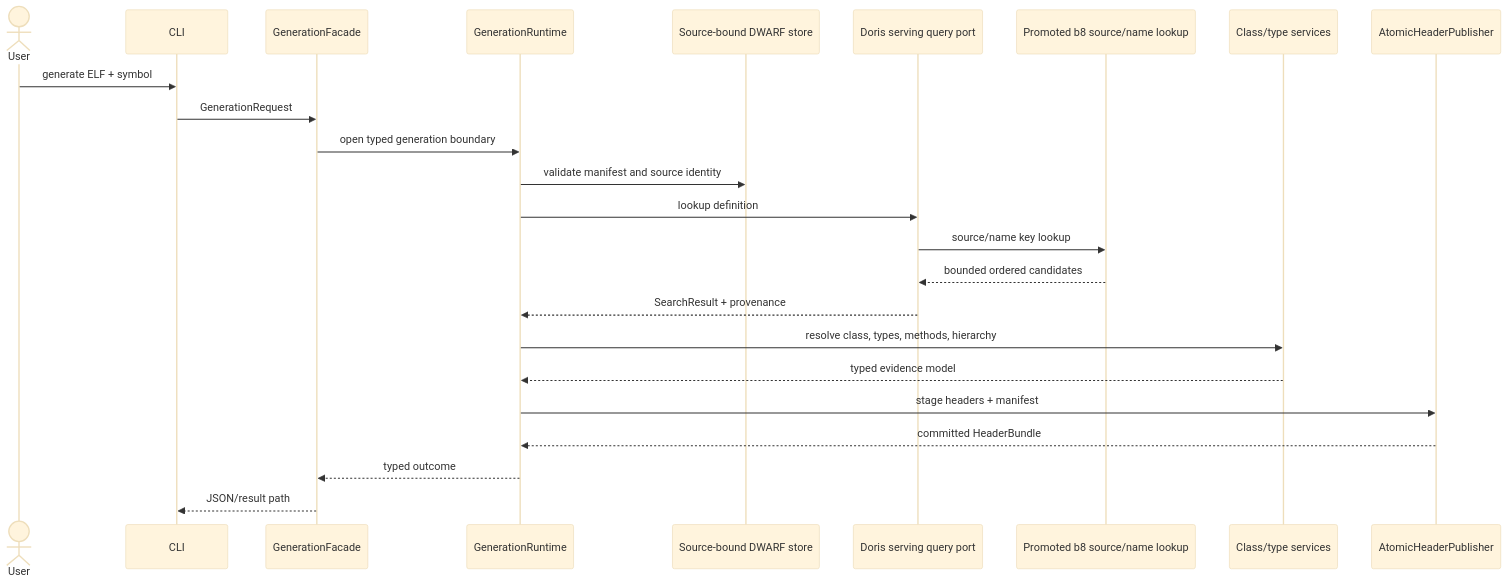
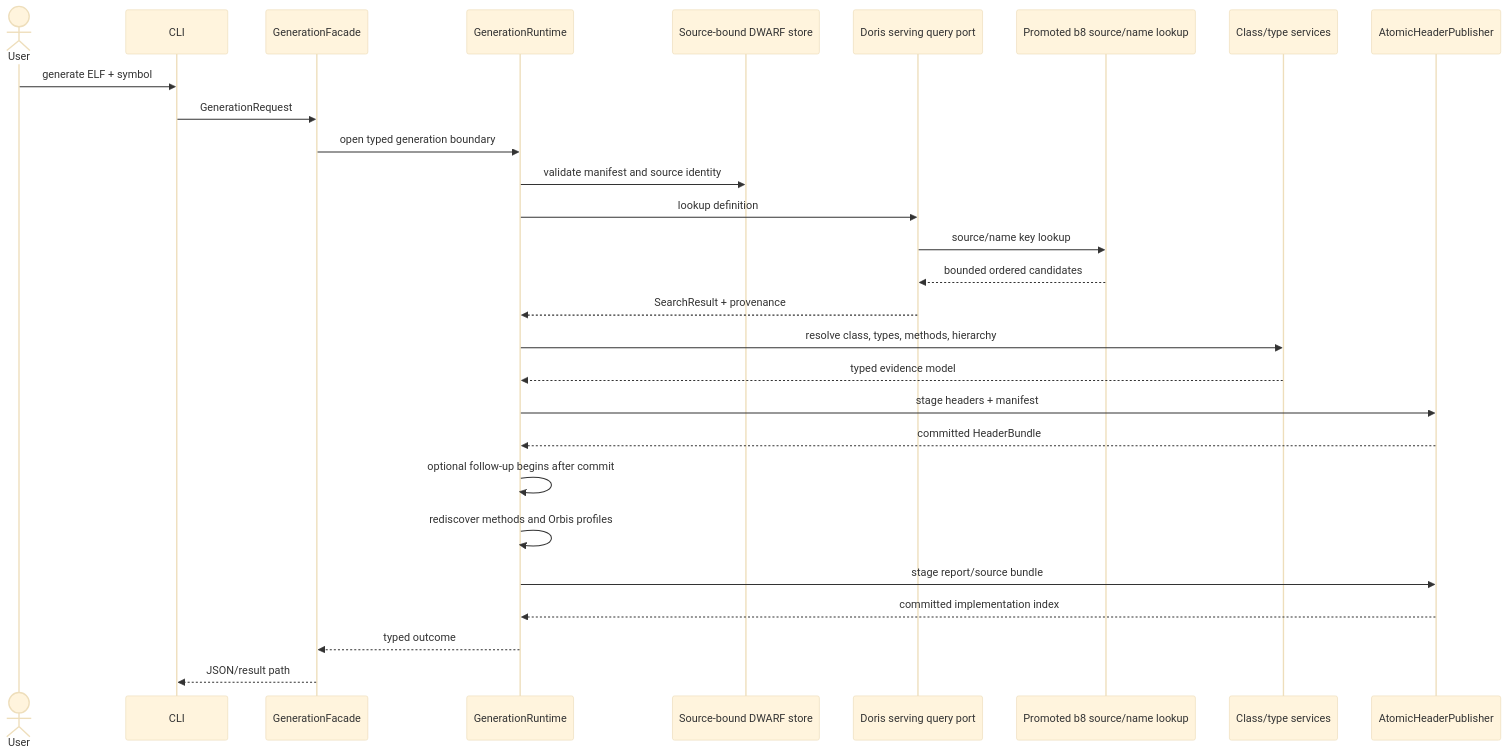
One commit to ddon-research/ddon-dwarf-reconstructor changed the first of 4 diagrams in docs/explanation/architecture/runtime.md. Above: the diagram before and after it, drawn with Mermaid (base theme). The commit also changed other lines of this file and 189 other files, not shown here.

````diff
--- a/docs/explanation/architecture/runtime.md
+++ b/docs/explanation/architecture/runtime.md
@@ -5,27 +5,31 @@
 ```mermaid
 sequenceDiagram
     actor User
     participant CLI
     participant Facade as GenerationFacade
     participant Runtime as GenerationRuntime
     participant Store as Source-bound DWARF store
     participant Index as Doris serving query port
     participant Lookup as Promoted b8 source/name lookup
     participant Parser as Class/type services
     participant Publisher as AtomicHeaderPublisher
 
     User->>CLI: generate ELF + symbol
     CLI->>Facade: GenerationRequest
     Facade->>Runtime: open typed generation boundary
     Runtime->>Store: validate manifest and source identity
     Runtime->>Index: lookup definition
     Index->>Lookup: source/name key lookup
     Lookup-->>Index: bounded ordered candidates
     Index-->>Runtime: SearchResult + provenance
     Runtime->>Parser: resolve class, types, methods, hierarchy
     Parser-->>Runtime: typed evidence model
     Runtime->>Publisher: stage headers + manifest
     Publisher-->>Runtime: committed HeaderBundle
+    Runtime->>Runtime: optional follow-up begins after commit
+    Runtime->>Runtime: rediscover methods and Orbis profiles
+    Runtime->>Publisher: stage report/source bundle
+    Publisher-->>Runtime: committed implementation index
     Runtime-->>Facade: typed outcome
     Facade-->>CLI: JSON/result path
 ```
````
